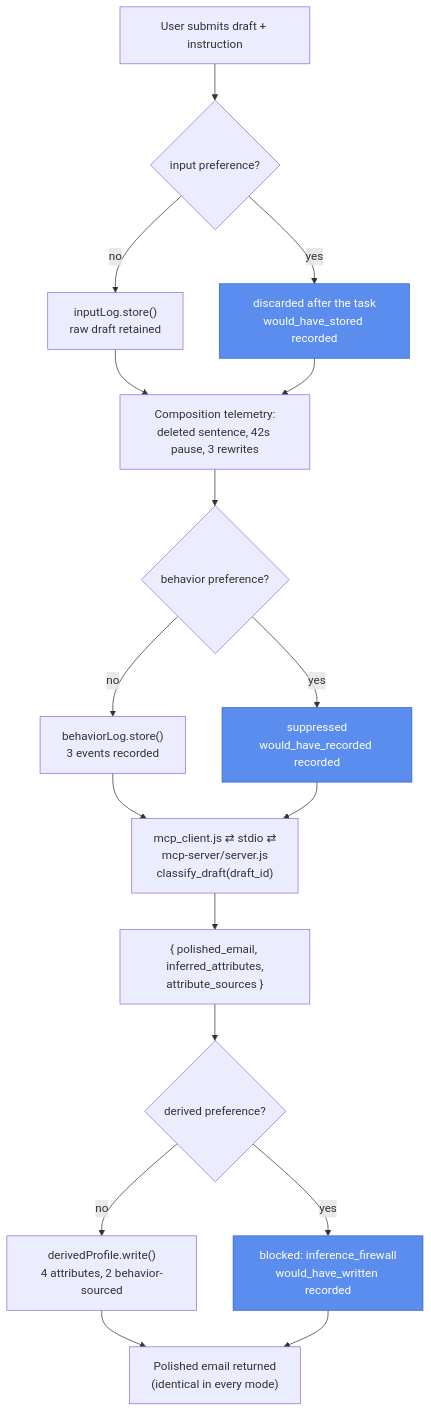
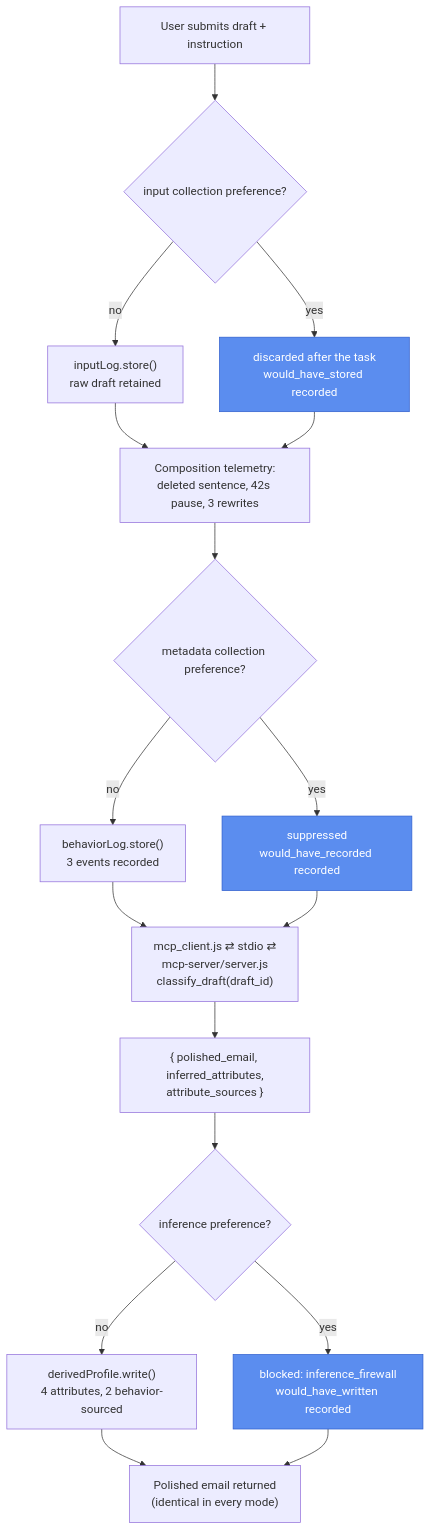
The diagram in prototype-6/README.md (privacy-tech-lab/gpc-ai-agents-prototypes), drawn with Mermaid before and after one commit. The commit also changed other lines of this file and 8 other files, not shown here.

````diff
--- a/prototype-6/README.md
+++ b/prototype-6/README.md
@@ -36,22 +36,22 @@
 ```mermaid
 flowchart TD
-    S["User submits draft + instruction"] --> IN{"input preference?"}
+    S["User submits draft + instruction"] --> IN{"input collection preference?"}
     IN -- "no" --> L1["inputLog.store()\nraw draft retained"]
     IN -- "yes" --> DIN["discarded after the task\nwould_have_stored recorded"]
     L1 --> T["Composition telemetry:\ndeleted sentence, 42s pause, 3 rewrites"]
     DIN --> T
-    T --> BH{"behavior preference?"}
+    T --> BH{"metadata collection preference?"}
     BH -- "no" --> L2["behaviorLog.store()\n3 events recorded"]
     BH -- "yes" --> DBH["suppressed\nwould_have_recorded recorded"]
     L2 --> MC["mcp_client.js ⇄ stdio ⇄\nmcp-server/server.js\nclassify_draft(draft_id)"]
     DBH --> MC
     MC --> CL["{ polished_email, inferred_attributes,\nattribute_sources }"]
-    CL --> DV{"derived preference?"}
+    CL --> DV{"inference preference?"}
     DV -- "no" --> W["derivedProfile.write()\n4 attributes, 2 behavior-sourced"]
     DV -- "yes" --> FW["blocked: inference_firewall\nwould_have_written recorded"]
     W --> ANS["Polished email returned\n(identical in every mode)"]
     FW --> ANS
 
     classDef enforced fill:#5b8def,stroke:#2f5fce,color:#fff
     class DIN,DBH,FW enforced
 ```
````
